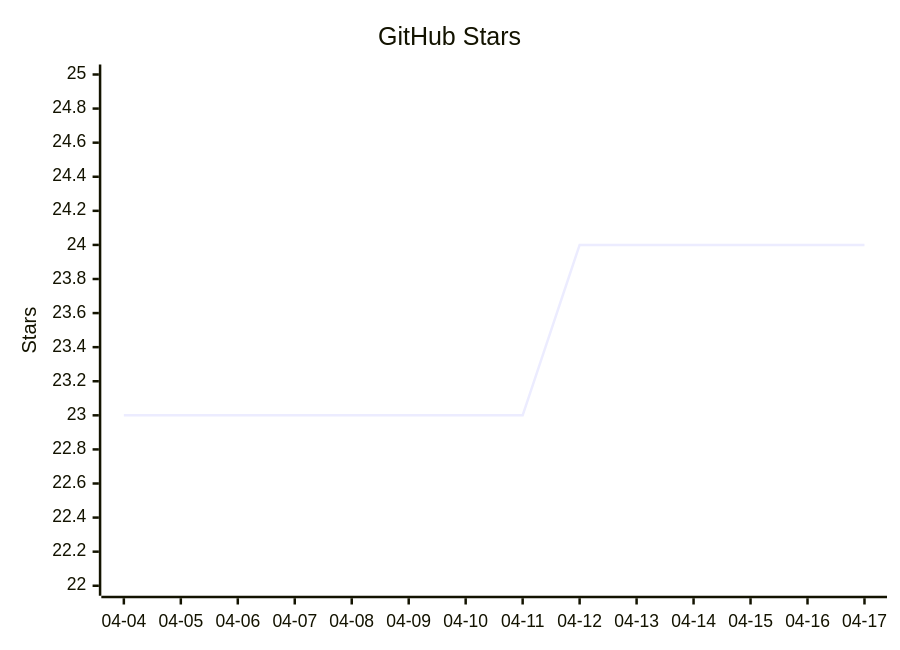
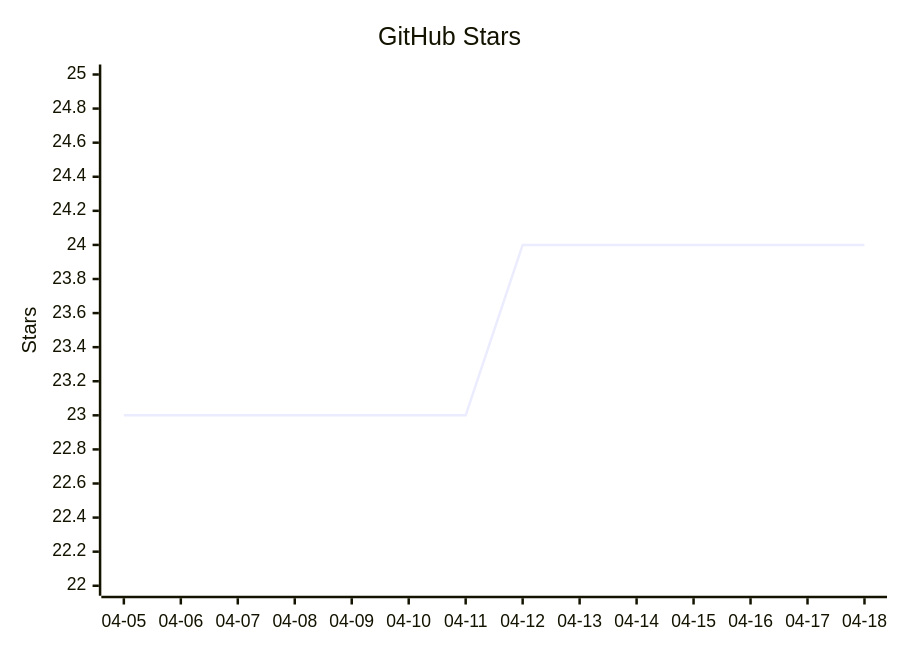
One commit to vectie/moonclaw changed the diagram in README.mbt.md. Above: the diagram before and after it, drawn with Mermaid. The commit also changed other lines of this file and 1 other file, not shown here.

Commit message:
Update README star growth

````diff
--- a/README.mbt.md
+++ b/README.mbt.md
@@ -486,7 +486,7 @@
 ```mermaid
 xychart-beta
     title "GitHub Stars"
-    x-axis ["04-04","04-05","04-06","04-07","04-08","04-09","04-10","04-11","04-12","04-13","04-14","04-15","04-16","04-17"]
+    x-axis ["04-05","04-06","04-07","04-08","04-09","04-10","04-11","04-12","04-13","04-14","04-15","04-16","04-17","04-18"]
     y-axis "Stars" 22 --> 25
-    line [23,23,23,23,23,23,23,23,24,24,24,24,24,24]
+    line [23,23,23,23,23,23,23,24,24,24,24,24,24,24]
 ```
````
